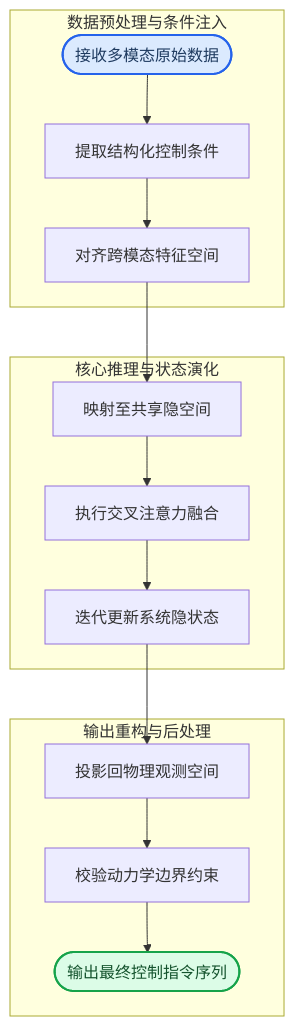
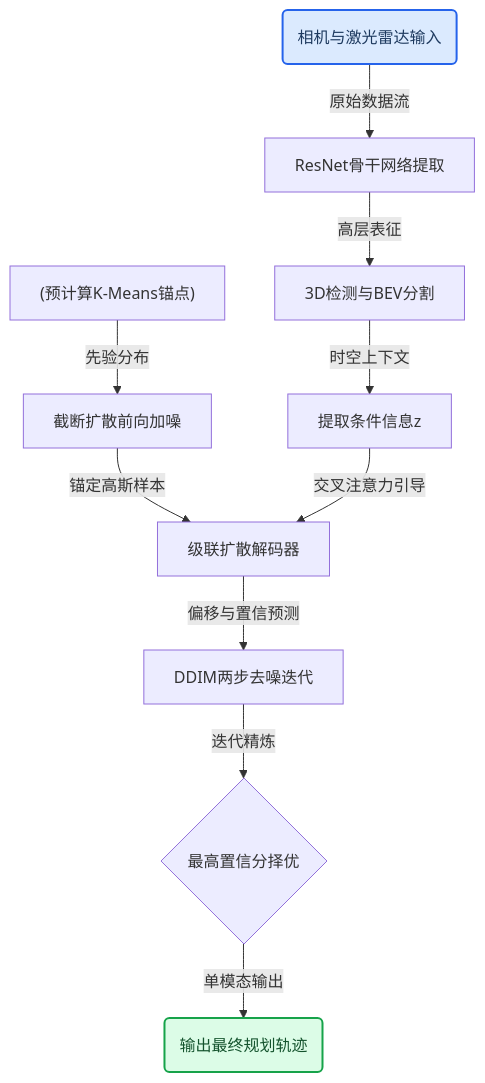
The third of 10 diagrams in person_vault/2026-06-08_DiffusionDrive_2411.15139/report.md (ShinewineW/paper-rolling), drawn with Mermaid before and after one commit. The commit also changed other lines of this file and 51 other files, not shown here.

````diff
--- a/person_vault/2026-06-08_DiffusionDrive_2411.15139/report.md
+++ b/person_vault/2026-06-08_DiffusionDrive_2411.15139/report.md
@@ -117,33 +174,18 @@
 ```mermaid
 flowchart TB
-    subgraph data_prep ["数据预处理与条件注入"]
-        raw_input(["接收多模态原始数据"])
-        cond_extract["提取结构化控制条件"]
-        norm_align["对齐跨模态特征空间"]
-    end
-    subgraph core_engine ["核心推理与状态演化"]
-        latent_map["映射至共享隐空间"]
-        attn_fusion["执行交叉注意力融合"]
-        step_update["迭代更新系统隐状态"]
-    end
-    subgraph output_gen ["输出重构与后处理"]
-        decode_proj["投影回物理观测空间"]
-        constraint_check["校验动力学边界约束"]
-        final_output(["输出最终控制指令序列"])
-    end
+  sensor_data(相机与激光雷达输入) -->|原始数据流| backbone_net["ResNet骨干网络提取"]
+  backbone_net -->|高层表征| perception_mod["3D检测与BEV分割"]
+  perception_mod -->|时空上下文| cond_info["提取条件信息z"]
+  kmeans_anchors["(预计算K-Means锚点)"] -->|先验分布| trunc_noise["截断扩散前向加噪"]
+  trunc_noise -->|锚定高斯样本| cascade_dec["级联扩散解码器"]
+  cond_info -->|交叉注意力引导| cascade_dec
+  cascade_dec -->|偏移与置信预测| ddim_update["DDIM两步去噪迭代"]
+  ddim_update -->|迭代精炼| max_conf{最高置信分择优}
+  max_conf -->|单模态输出| final_traj(输出最终规划轨迹)
 
-    raw_input --> cond_extract
-    cond_extract --> norm_align
-    norm_align --> latent_map
-    latent_map --> attn_fusion
-    attn_fusion --> step_update
-    step_update --> decode_proj
-    decode_proj --> constraint_check
-    constraint_check --> final_output
-
-    classDef required fill:#dbeafe,stroke:#2563eb,stroke-width:2px,color:#1e3a5f
-    classDef output fill:#dcfce7,stroke:#16a34a,stroke-width:2px,color:#14532d
-    classDef optional fill:#fef9c3,stroke:#ca8a04,stroke-width:2px,color:#713f12
-    class raw_input required
-    class final_output output
+  classDef required fill:#dbeafe,stroke:#2563eb,stroke-width:2px,color:#1e3a5f
+  classDef output fill:#dcfce7,stroke:#16a34a,stroke-width:2px,color:#14532d
+  classDef optional fill:#fef9c3,stroke:#ca8a04,stroke-width:2px,color:#713f12
+  class sensor_data required
+  class final_traj output
 ```
````
